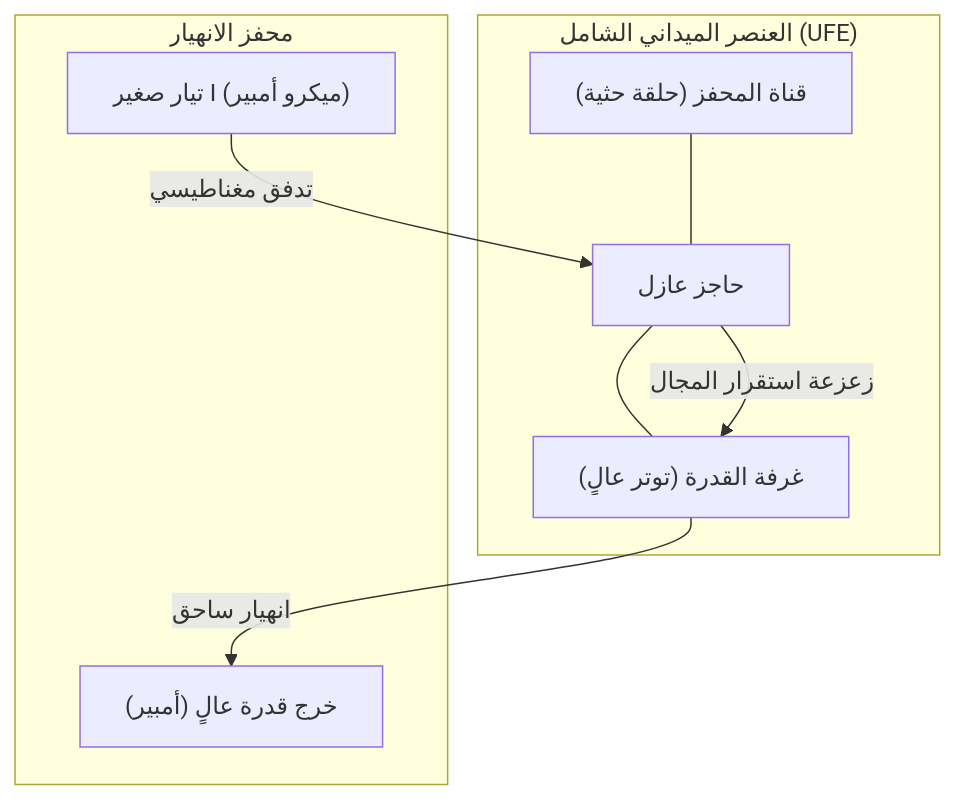
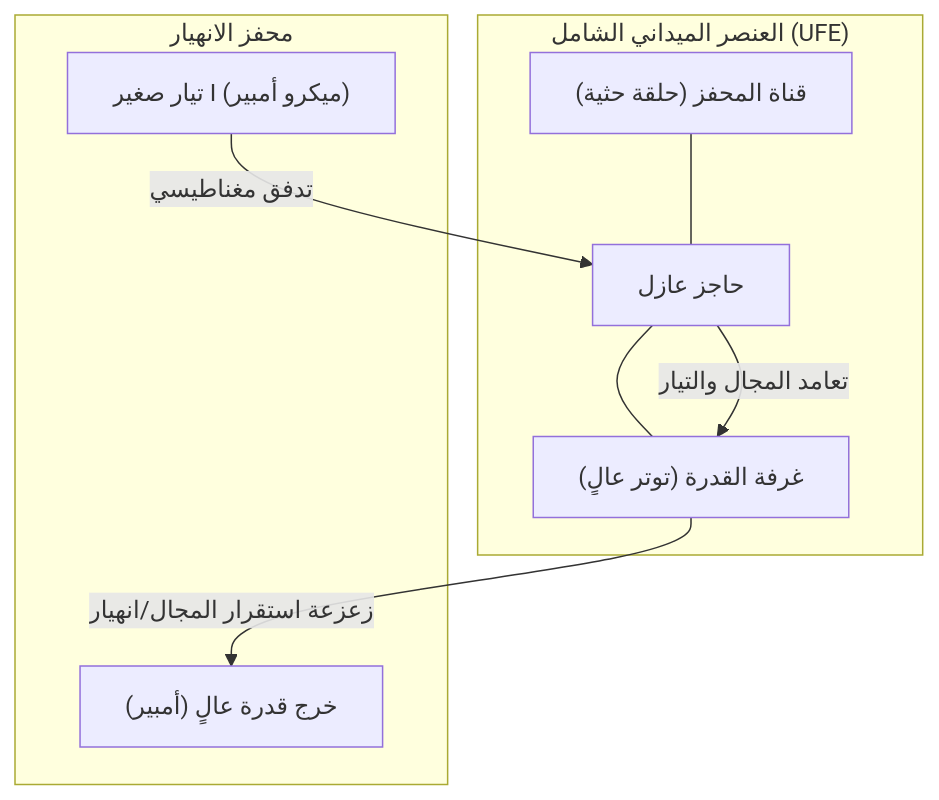
One commit to mubtakir/field_transistor_alternative changed the diagram in Phase_6_Universal_Field_Element/FTA_Universal_Field_Element_Whitepaper_AR.md. Above: the diagram before and after it, drawn with Mermaid. The commit also changed 265 other files, not shown here.

````diff
--- a/Phase_6_Universal_Field_Element/FTA_Universal_Field_Element_Whitepaper_AR.md
+++ b/Phase_6_Universal_Field_Element/FTA_Universal_Field_Element_Whitepaper_AR.md
@@ -9,13 +9,13 @@
 ```mermaid
 graph TD
     subgraph UFE_Structure ["العنصر الميداني الشامل (UFE)"]
         TC["قناة المحفز (حلقة حثية)"] --- DC["حاجز عازل"]
         DC --- PC["غرفة القدرة (توتر عالٍ)"]
     end
     
     subgraph Physics_Process ["محفز الانهيار"]
         Input["تيار صغير I (ميكرو أمبير)"] -->|تدفق مغناطيسي| DC
-        DC -->|زعزعة استقرار المجال| PC
-        PC -->|انهيار ساحق| Output["خرج قدرة عالٍ (أمبير)"]
+        DC -->|تعامد المجال والتيار| PC
+        PC -->|زعزعة استقرار المجال/انهيار| Output["خرج قدرة عالٍ (أمبير)"]
     end
 ```
````
